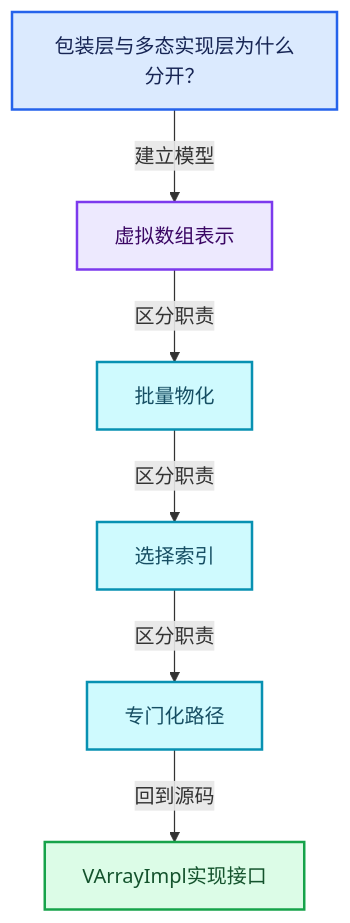
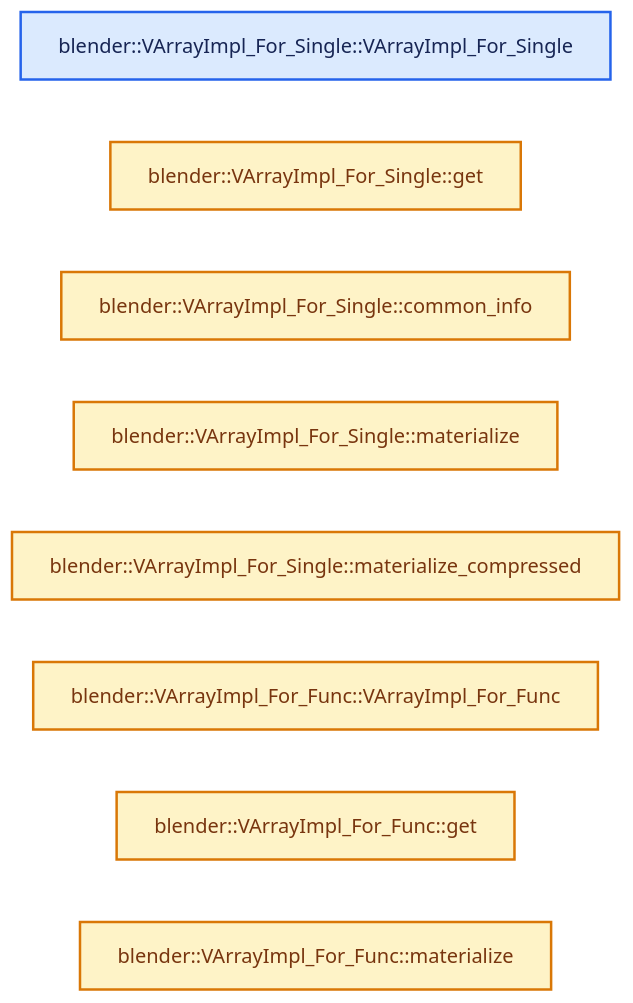
Before and after one commit to yunkezengren/blender-.vscode: the second of 4 diagrams in 杂/markdown/全面学习-codex/04-虚拟数组与索引选择/02-VArrayImpl实现接口.md, drawn with Mermaid. The commit also changed other lines of this file and 1930 other files, not shown here.

````diff
--- a/杂/markdown/全面学习-codex/04-虚拟数组与索引选择/02-VArrayImpl实现接口.md
+++ b/杂/markdown/全面学习-codex/04-虚拟数组与索引选择/02-VArrayImpl实现接口.md
@@ -60,20 +46,17 @@
 ```mermaid
-flowchart TB
-  Q["包装层与多态实现层为什么分开？"]:::input
-  C0["虚拟数组表示"]:::abstraction
-  C1["批量物化"]:::data
-  C2["选择索引"]:::data
-  C3["专门化路径"]:::data
-  R["VArrayImpl实现接口"]:::result
-  Q -->|"建立模型"| C0
-  C0 -->|"区分职责"| C1
-  C1 -->|"区分职责"| C2
-  C2 -->|"区分职责"| C3
-  C3 -->|"回到源码"| R
+flowchart LR
+  F0["blender::VArrayImpl_For_Single::VArrayImpl_For_Single"]:::input
+  F1["blender::VArrayImpl_For_Single::get"]:::compute
+  F2["blender::VArrayImpl_For_Single::common_info"]:::compute
+  F3["blender::VArrayImpl_For_Single::materialize"]:::compute
+  F4["blender::VArrayImpl_For_Single::materialize_compressed"]:::compute
+  F5["blender::VArrayImpl_For_Func::VArrayImpl_For_Func"]:::compute
+  F6["blender::VArrayImpl_For_Func::get"]:::compute
+  F7["blender::VArrayImpl_For_Func::materialize"]:::compute
   classDef input fill:#DBEAFE,stroke:#2563EB,color:#172554,stroke-width:2px;
   classDef data fill:#CFFAFE,stroke:#0891B2,color:#164E63,stroke-width:2px;
   classDef abstraction fill:#EDE9FE,stroke:#7C3AED,color:#3B0764,stroke-width:2px;
   classDef compute fill:#FEF3C7,stroke:#D97706,color:#78350F,stroke-width:2px;
   classDef result fill:#DCFCE7,stroke:#16A34A,color:#14532D,stroke-width:2px;
   classDef error fill:#FEE2E2,stroke:#DC2626,color:#7F1D1D,stroke-width:2px;
 ```
````
